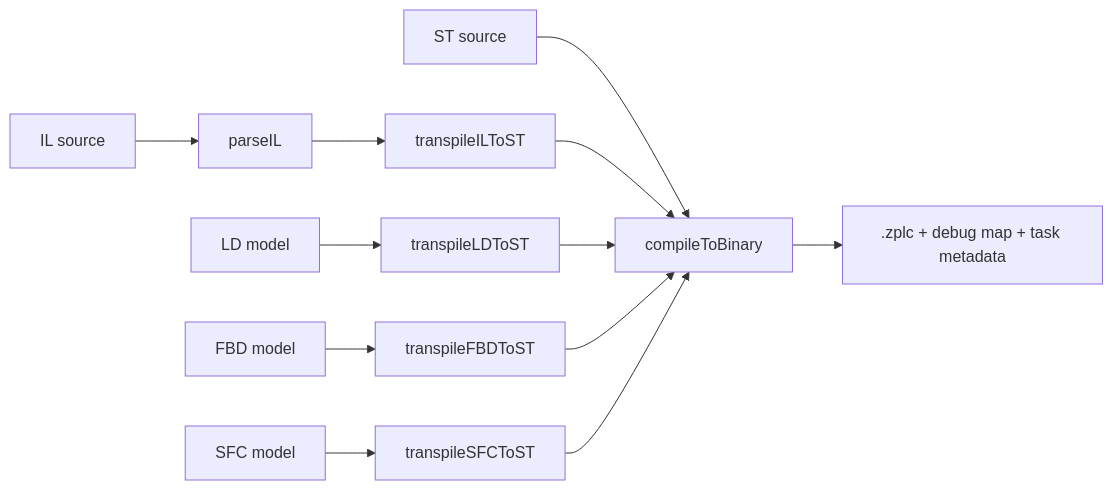
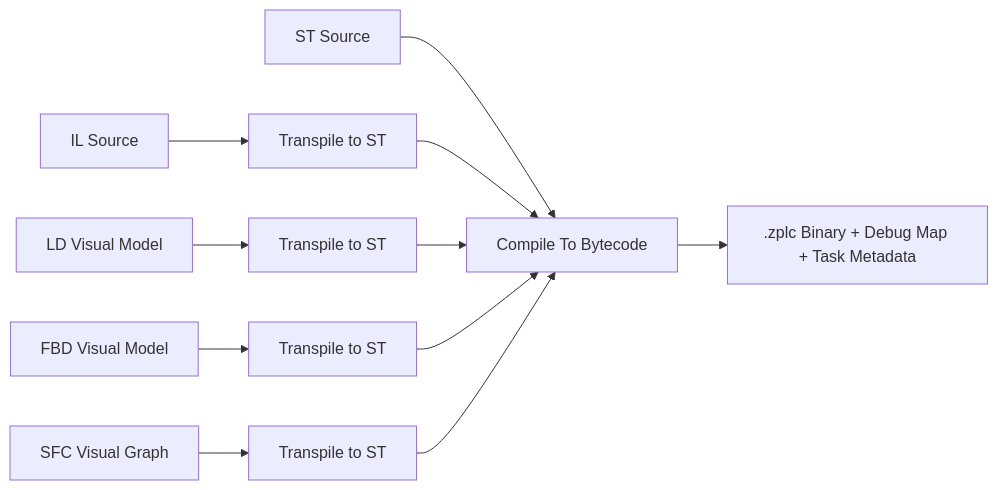
The diagram in docs/docs/ide/compiler.md (eduardojvieira/ZPLC), drawn with Mermaid before and after one commit. The commit also changed other lines of this file and 55 other files, not shown here.

````diff
--- a/docs/docs/ide/compiler.md
+++ b/docs/docs/ide/compiler.md
@@ -11,14 +9,15 @@
 ```mermaid
 flowchart LR
-  ST[ST source] --> Core[compileToBinary]
-  IL[IL source] --> ILParse[parseIL]
-  ILParse --> ILToST[transpileILToST]
-  LD[LD model] --> LDToST[transpileLDToST]
-  FBD[FBD model] --> FBDToST[transpileFBDToST]
-  SFC[SFC model] --> SFCToST[transpileSFCToST]
+  ST[ST Source] --> Core[Compile To Bytecode]
+  IL[IL Source] --> ILToST[Transpile to ST]
+  LD[LD Visual Model] --> LDToST[Transpile to ST]
+  FBD[FBD Visual Model] --> FBDToST[Transpile to ST]
+  SFC[SFC Visual Graph] --> SFCToST[Transpile to ST]
+
   ILToST --> Core
   LDToST --> Core
   FBDToST --> Core
   SFCToST --> Core
-  Core --> ZPLC[.zplc + debug map + task metadata]
+
+  Core --> ZPLC[.zplc Binary + Debug Map + Task Metadata]
 ```
````
